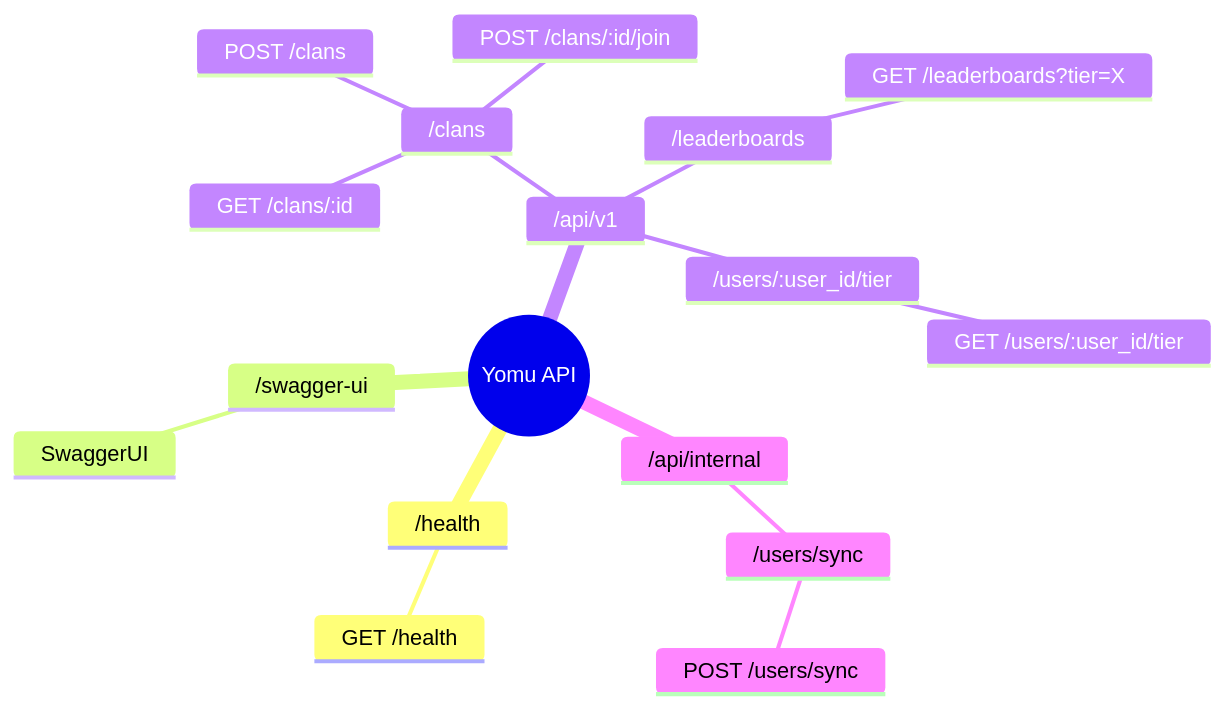
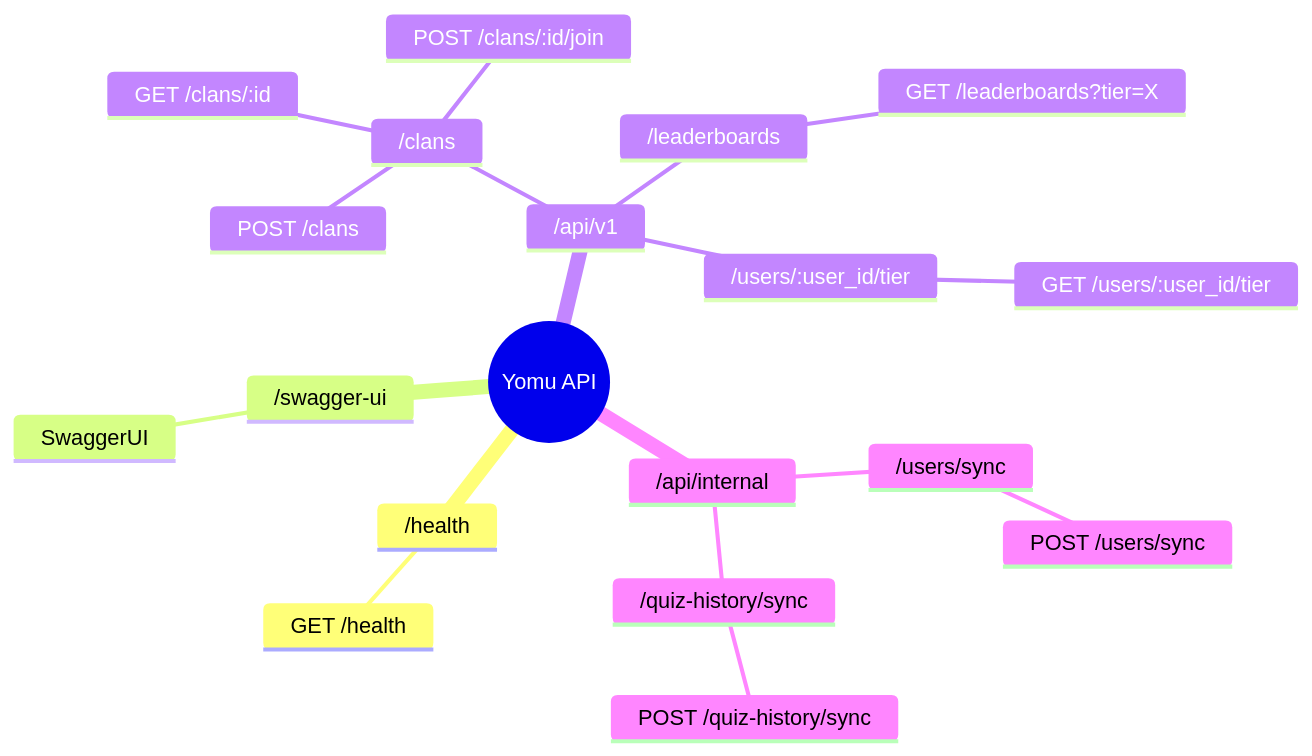
The seventh of 9 diagrams in README.md (advprog-2026-A14-project/yomu-backend-rust), drawn with Mermaid before and after one commit. The commit also changed other lines of this file and 1 other file, not shown here.

Commit message:
docs: update ARCHITECTURE.md and README.md with user_sync module details

````diff
--- a/README.md
+++ b/README.md
@@ -659,20 +666,22 @@
 ```mermaid
 mindmap
     root((Yomu API))
         /health
             GET /health
         /swagger-ui
             SwaggerUI
         /api/v1
             /clans
                 POST /clans
                 GET /clans/:id
                 POST /clans/:id/join
             /leaderboards
                 GET /leaderboards?tier=X
             /users/:user_id/tier
                 GET /users/:user_id/tier
         /api/internal
             /users/sync
                 POST /users/sync
+            /quiz-history/sync
+                POST /quiz-history/sync
 ```
````
